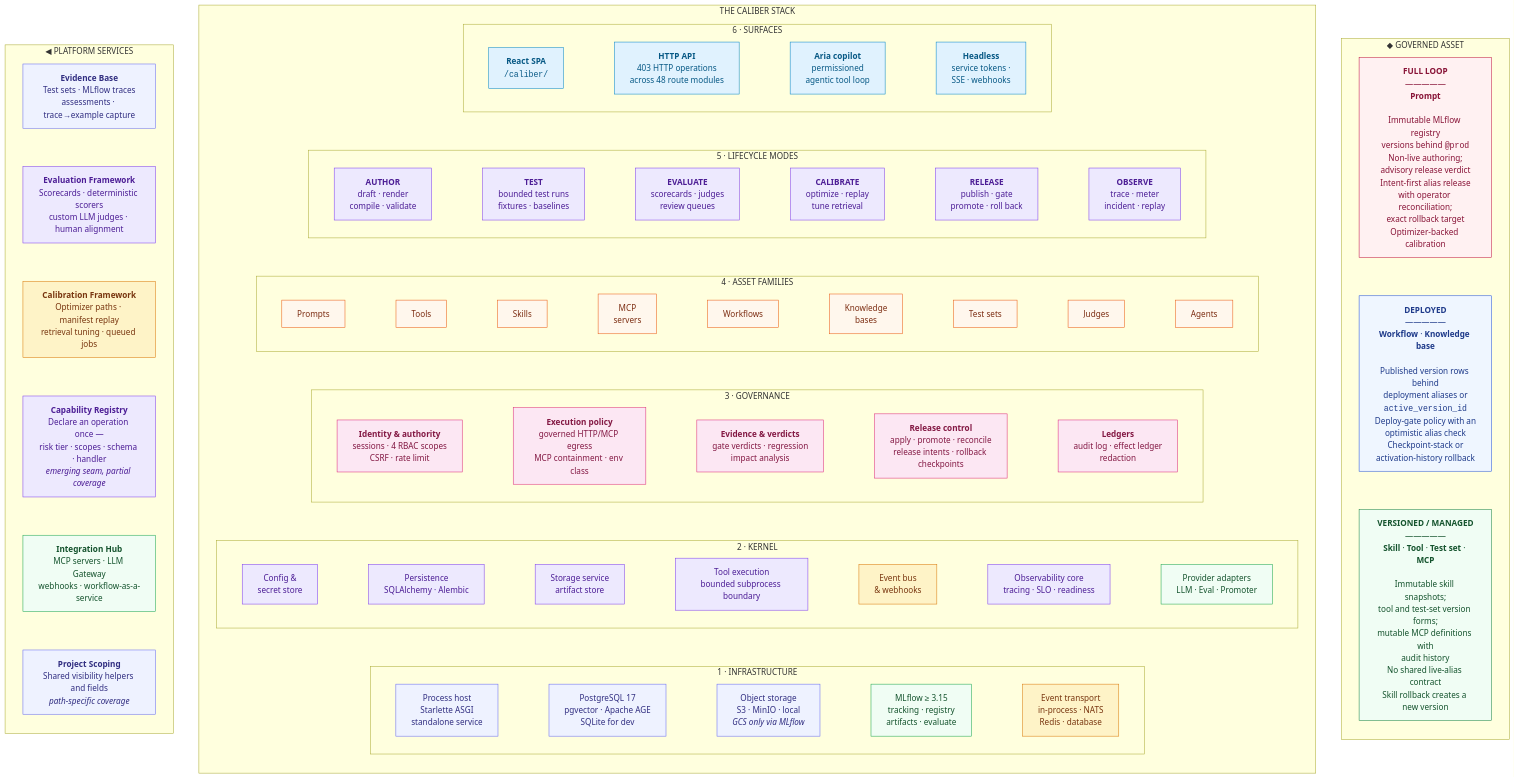
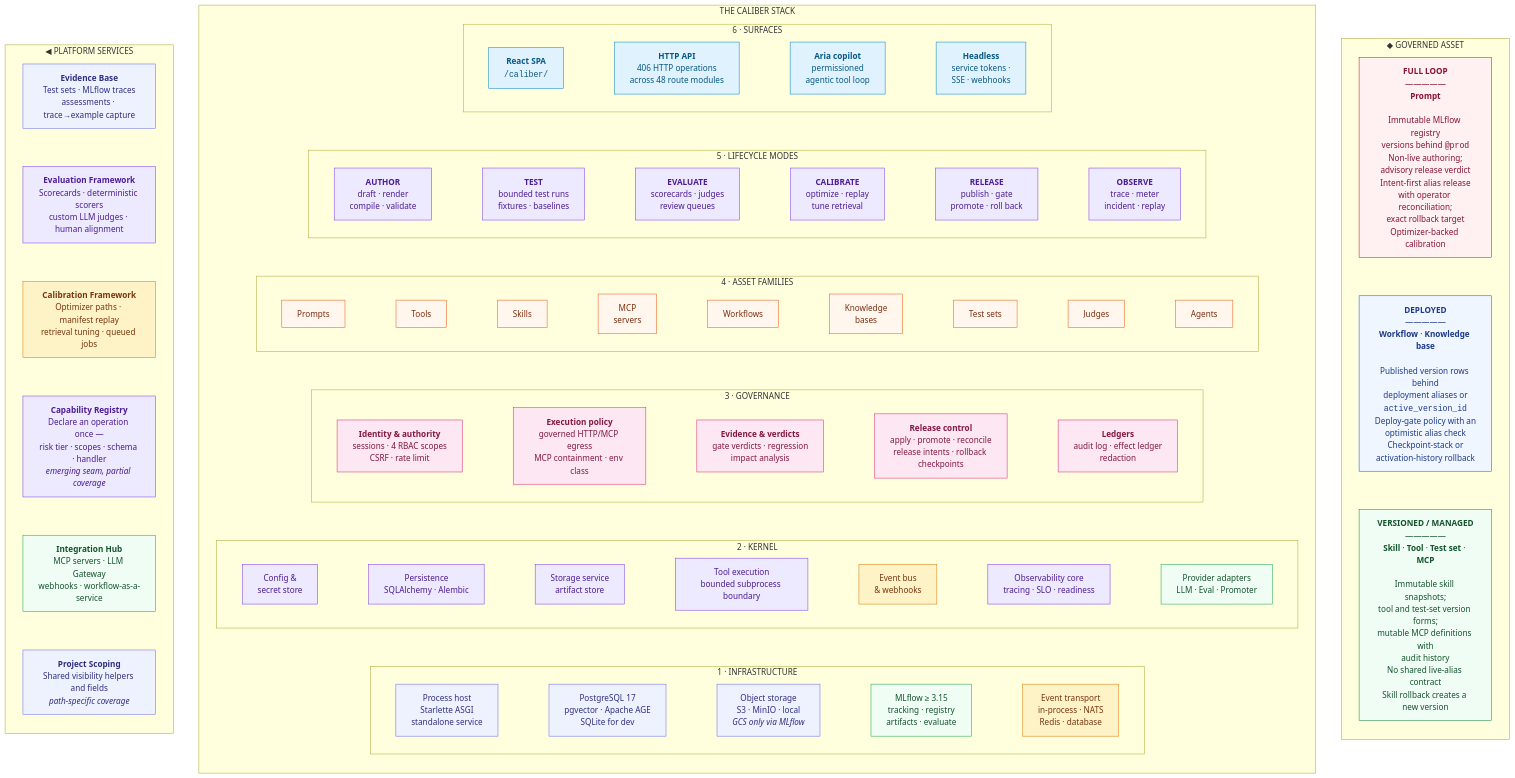
The first of 8 diagrams in ARCHITECTURE.md (rrahimi-uci/caliber-suite), drawn with Mermaid before and after one commit. The commit also changed 19 other files, not shown here.

```diff
--- a/ARCHITECTURE.md
+++ b/ARCHITECTURE.md
@@ -105,7 +105,7 @@
     subgraph L6["6 · SURFACES"]
       direction LR
       s1["<b>React SPA</b><br/><code>/caliber/</code>"]:::ui
-      s2["<b>HTTP API</b><br/>403 HTTP operations<br/>across 48 route modules"]:::ui
+      s2["<b>HTTP API</b><br/>406 HTTP operations<br/>across 48 route modules"]:::ui
       s3["<b>Aria copilot</b><br/>permissioned<br/>agentic tool loop"]:::ui
       s4["<b>Headless</b><br/>service tokens ·<br/>SSE · webhooks"]:::ui
       s1 --- s2 --- s3 --- s4
```
